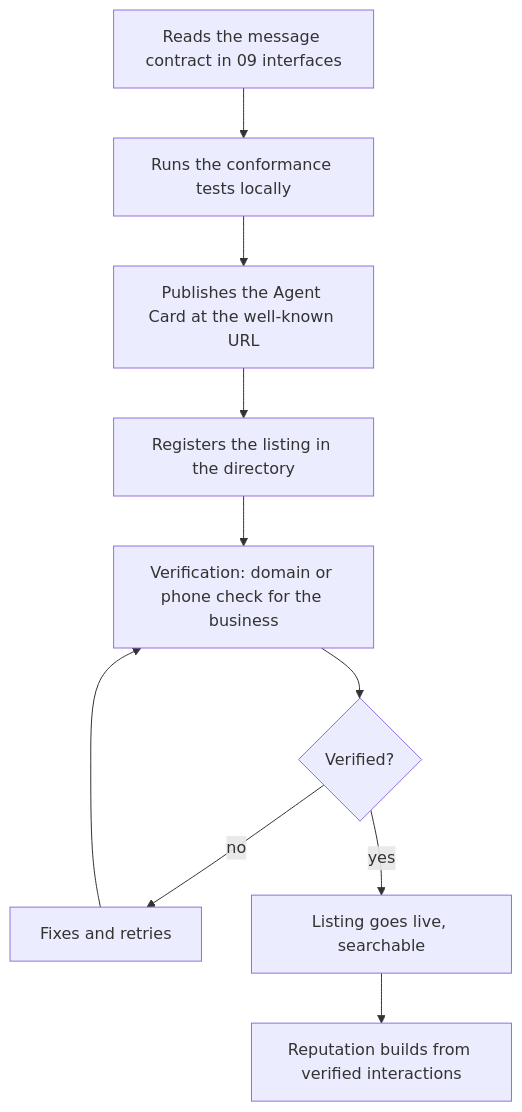
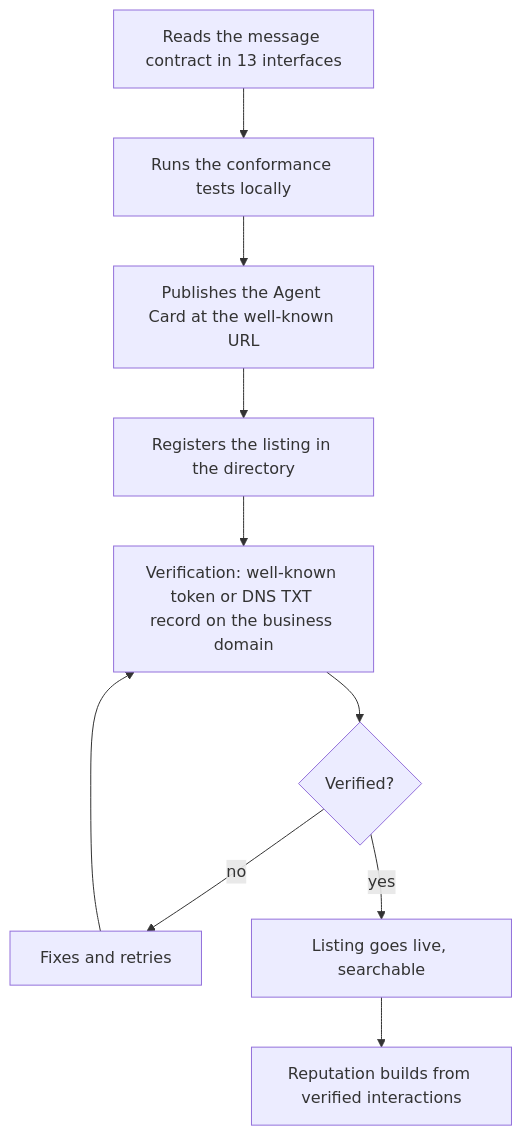
Before and after one commit to Jannisar01/hitchpost: the fifth of 5 diagrams in docs/sad/04-stakeholders-and-personas.md, drawn with Mermaid. The commit also changed other lines of this file and 21 other files, not shown here.

````diff
--- a/docs/sad/04-stakeholders-and-personas.md
+++ b/docs/sad/04-stakeholders-and-personas.md
@@ -144,12 +149,12 @@
 ```mermaid
 flowchart TD
-    P1[Reads the message contract in 09 interfaces] --> P2[Runs the conformance tests locally]
+    P1[Reads the message contract in 13 interfaces] --> P2[Runs the conformance tests locally]
     P2 --> P3[Publishes the Agent Card at the well-known URL]
     P3 --> P4[Registers the listing in the directory]
-    P4 --> P5[Verification: domain or phone check for the business]
+    P4 --> P5[Verification: well-known token or DNS TXT record on the business domain]
     P5 --> P6{Verified?}
     P6 -- no --> P7[Fixes and retries]
     P7 --> P5
     P6 -- yes --> P8[Listing goes live, searchable]
     P8 --> P9[Reputation builds from verified interactions]
 ```
````
